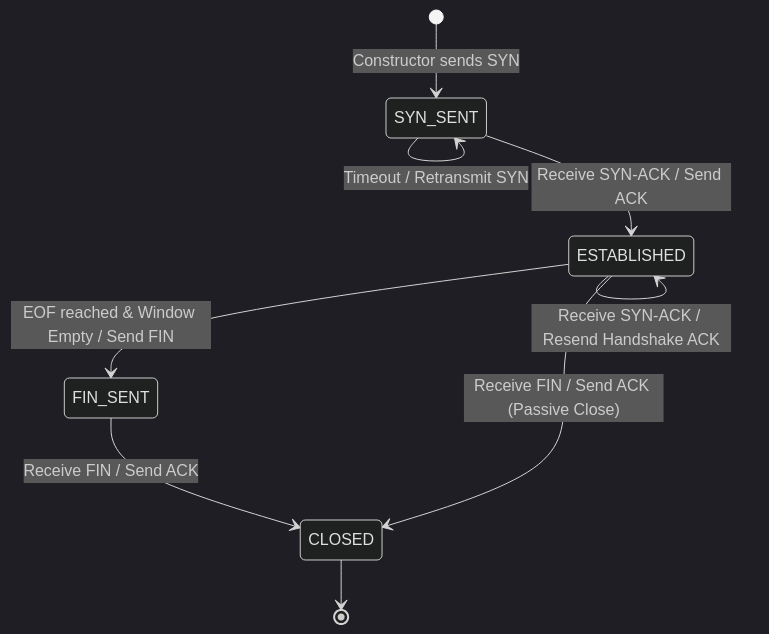
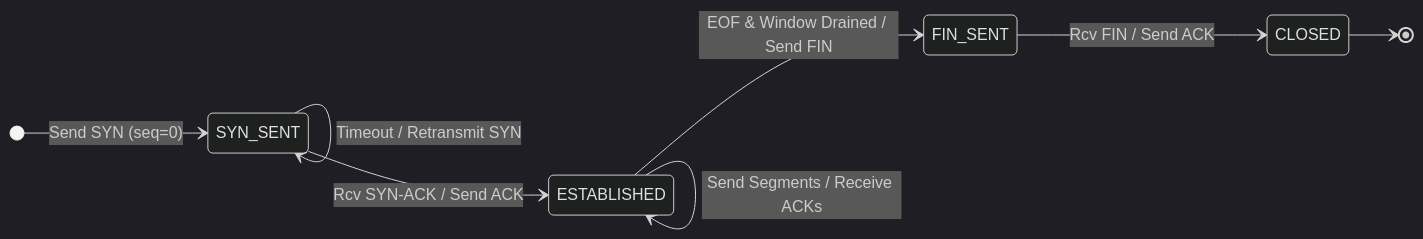
One commit to JosefAmbruz/udp-rdt changed the second of 2 diagrams in README.md. Above: the diagram before and after it, drawn with Mermaid (dark theme). The commit also changed other lines of this file and 29 other files, not shown here.

````diff
--- a/README.md
+++ b/README.md
@@ -159,18 +150,11 @@
 ```mermaid
 stateDiagram-v2
-    [*] --> SYN_SENT : Constructor sends SYN
-
+    direction LR
+    [*] --> SYN_SENT : Send SYN (seq=0)
     SYN_SENT --> SYN_SENT : Timeout / Retransmit SYN
-    SYN_SENT --> ESTABLISHED : Receive SYN-ACK / Send ACK
-
-    ESTABLISHED --> ESTABLISHED : Send Data / Receive ACKs
-    ESTABLISHED --> ESTABLISHED : Receive SYN-ACK / Resend Handshake ACK
-
-    ESTABLISHED --> FIN_SENT : EOF reached & Window Empty / Send FIN
-
-    FIN_SENT --> CLOSED : Receive FIN / Send ACK
-
-    ESTABLISHED --> CLOSED : Receive FIN / Send ACK (Passive Close)
-
+    SYN_SENT --> ESTABLISHED : Rcv SYN-ACK / Send ACK
+    ESTABLISHED --> ESTABLISHED : Send Segments / Receive ACKs
+    ESTABLISHED --> FIN_SENT : EOF & Window Drained / Send FIN
+    FIN_SENT --> CLOSED : Rcv FIN / Send ACK
     CLOSED --> [*]
 ```
````
